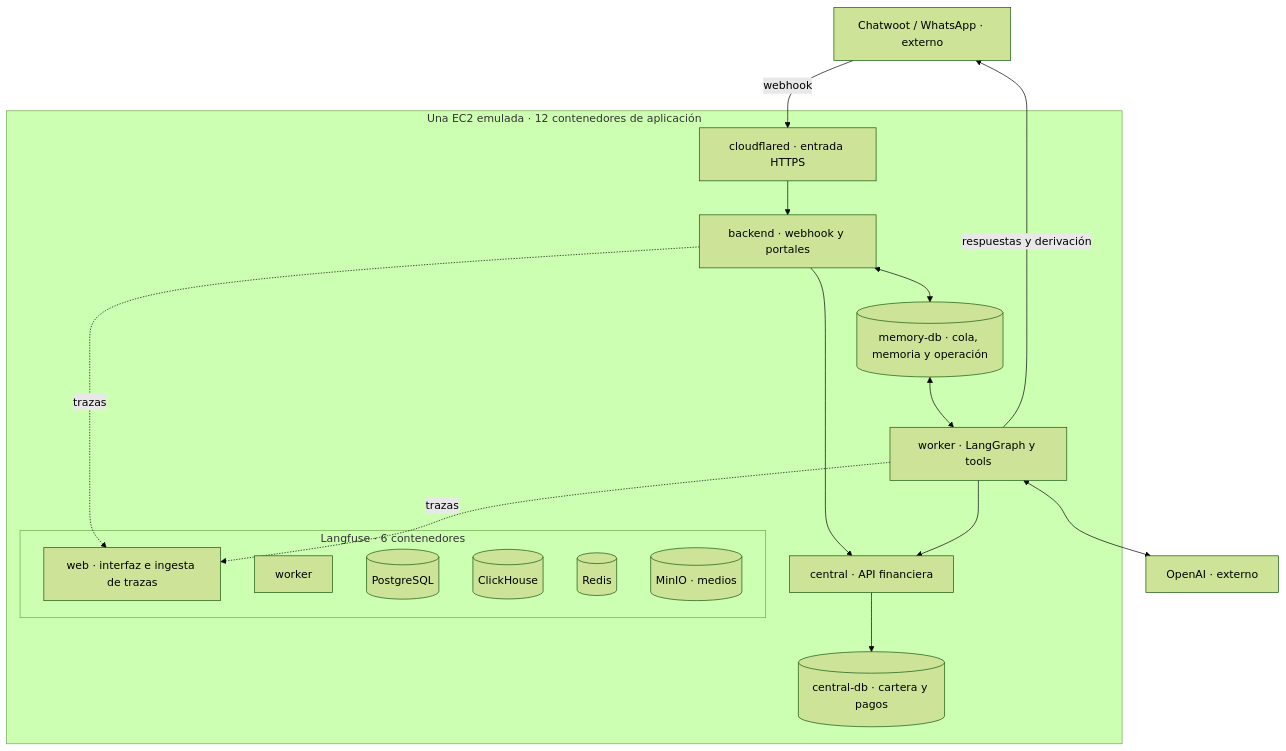
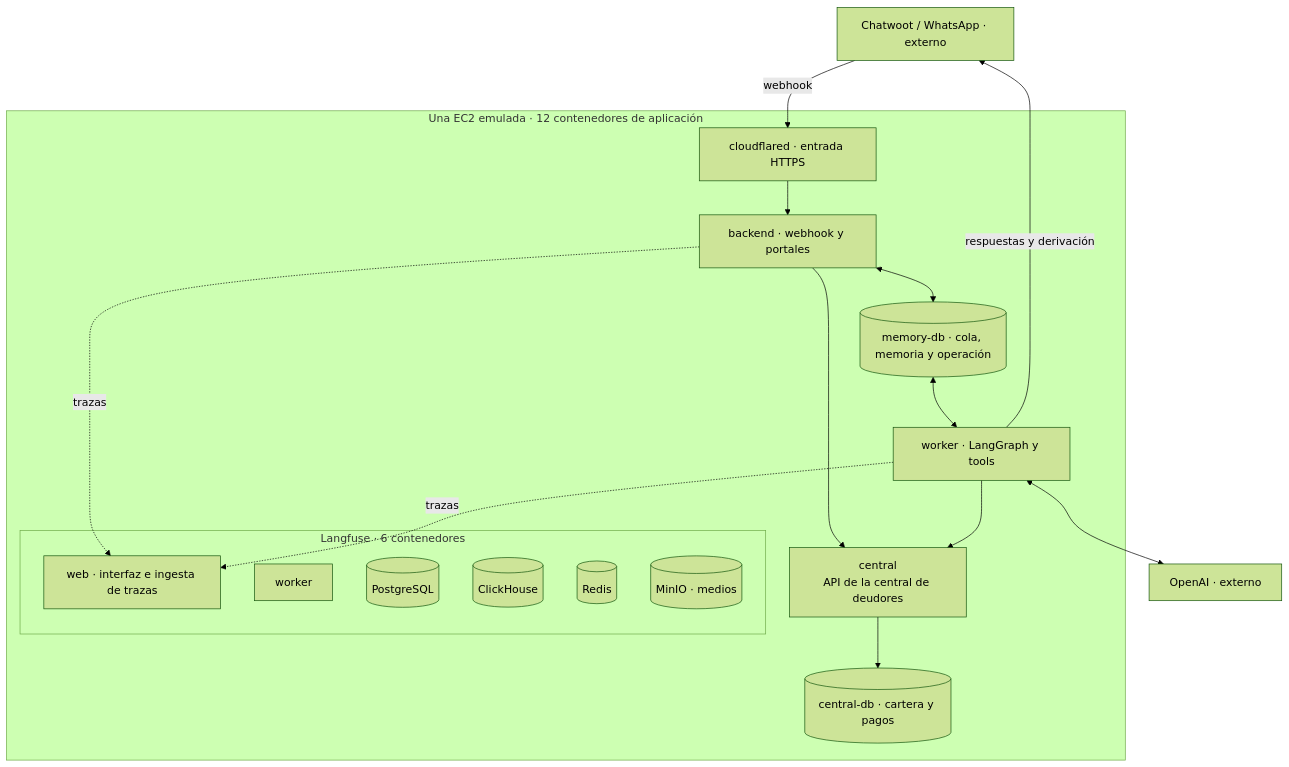
The second of 8 diagrams in docs/arquitectura.md (cristiandrangel/proyecto-agil), drawn with Mermaid (forest theme) before and after one commit. The commit also changed other lines of this file and 4 other files, not shown here.

Commit message:
docs: name the debtor central API consistently

````diff
--- a/docs/arquitectura.md
+++ b/docs/arquitectura.md
@@ -120,32 +120,32 @@
 ```mermaid
 flowchart TB
     CW["Chatwoot / WhatsApp · externo"]
     AI["OpenAI · externo"]
     subgraph EC2["Una EC2 emulada · 12 contenedores de aplicación"]
         CF["cloudflared · entrada HTTPS"]
         BE["backend · webhook y portales"]
         MD[("memory-db · cola, memoria y operación")]
         WO["worker · LangGraph y tools"]
-        CE["central · API financiera"]
+        CE["central<br/>API de la central de deudores"]
         CD[("central-db · cartera y pagos")]
         subgraph LF["Langfuse · 6 contenedores"]
             LW["web · interfaz e ingesta de trazas"]
             LK["worker"]
             LP[("PostgreSQL")]
             LC[("ClickHouse")]
             LRED[("Redis")]
             LM[("MinIO · medios")]
         end
         CF --> BE
         BE <--> MD
         MD <--> WO
         BE --> CE
         WO --> CE
         CE --> CD
         BE -. "trazas" .-> LW
         WO -. "trazas" .-> LW
     end
     CW -- "webhook" --> CF
     WO -- "respuestas y derivación" --> CW
     WO <--> AI
 ```
````
